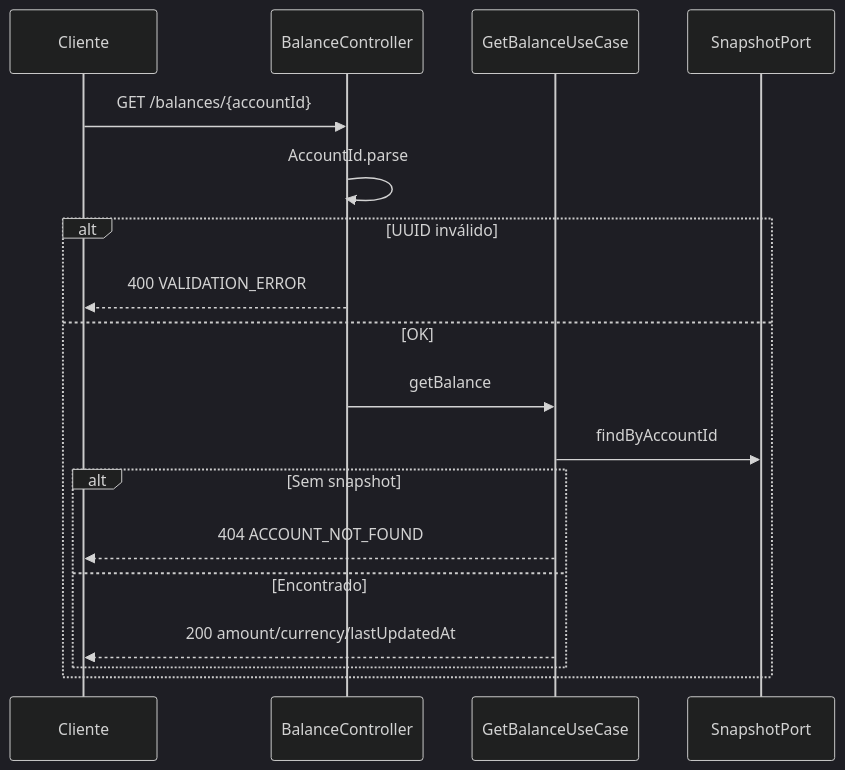
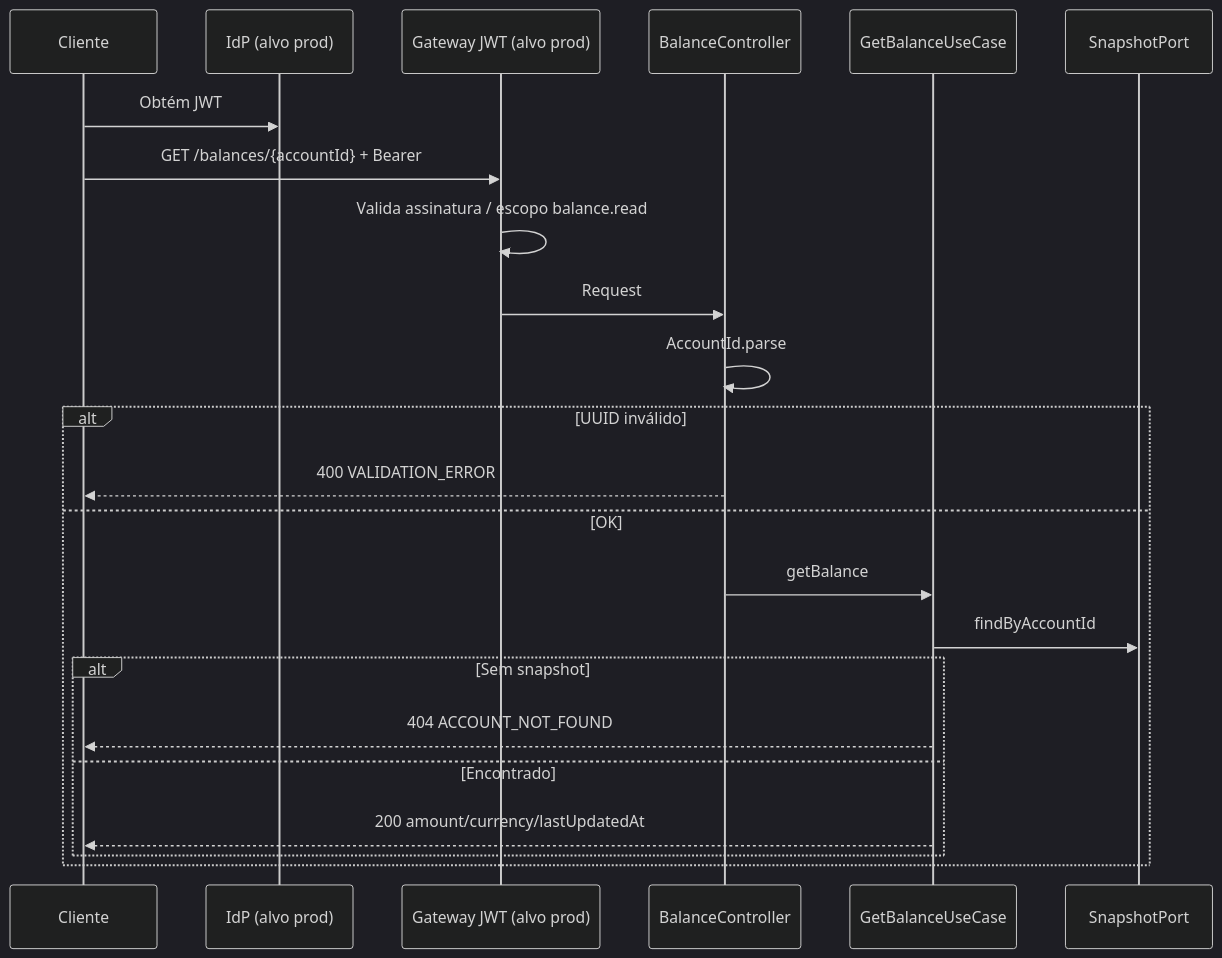
One commit to lordssa/banking-account-balance-service changed the fourth of 8 diagrams in docs/fluxos-principais.md. Above: the diagram before and after it, drawn with Mermaid (dark theme). The commit also changed other lines of this file and 85 other files, not shown here.

````diff
--- a/docs/fluxos-principais.md
+++ b/docs/fluxos-principais.md
@@ -77,21 +92,26 @@
 ```mermaid
 sequenceDiagram
   participant C as Cliente
+  participant IdP as IdP (alvo prod)
+  participant GW as Gateway JWT (alvo prod)
   participant API as BalanceController
   participant UC as GetBalanceUseCase
   participant PG as SnapshotPort
 
-  C->>API: GET /balances/{accountId}
+  C->>IdP: Obtém JWT
+  C->>GW: GET /balances/{accountId} + Bearer
+  GW->>GW: Valida assinatura / escopo balance.read
+  GW->>API: Request
   API->>API: AccountId.parse
   alt UUID inválido
     API-->>C: 400 VALIDATION_ERROR
   else OK
     API->>UC: getBalance
     UC->>PG: findByAccountId
     alt Sem snapshot
       UC-->>C: 404 ACCOUNT_NOT_FOUND
     else Encontrado
       UC-->>C: 200 amount/currency/lastUpdatedAt
     end
   end
 ```
````
